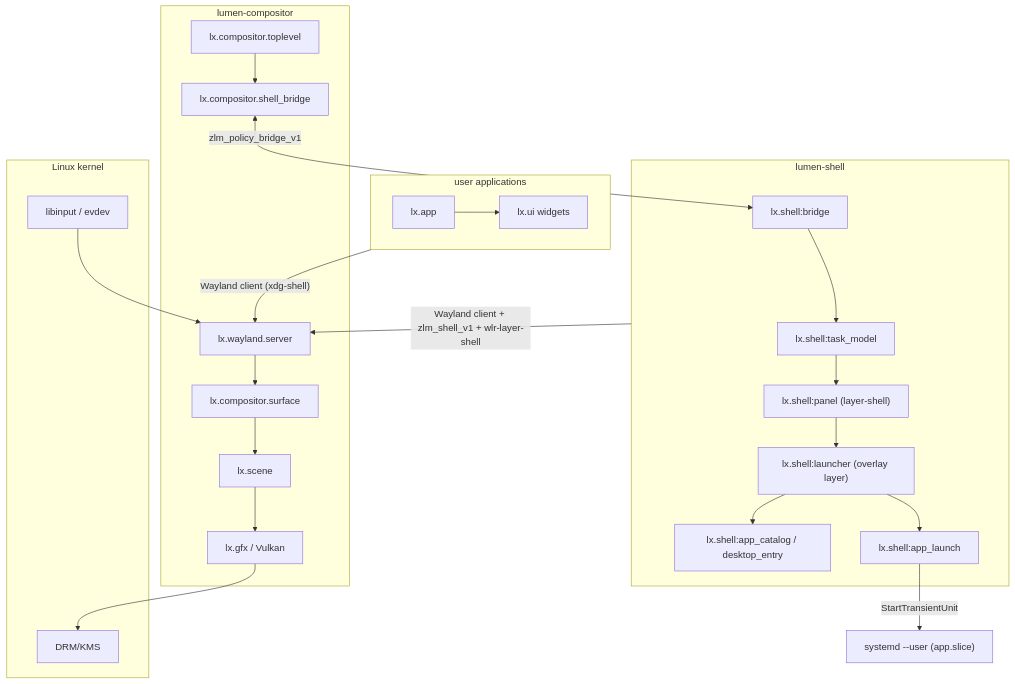
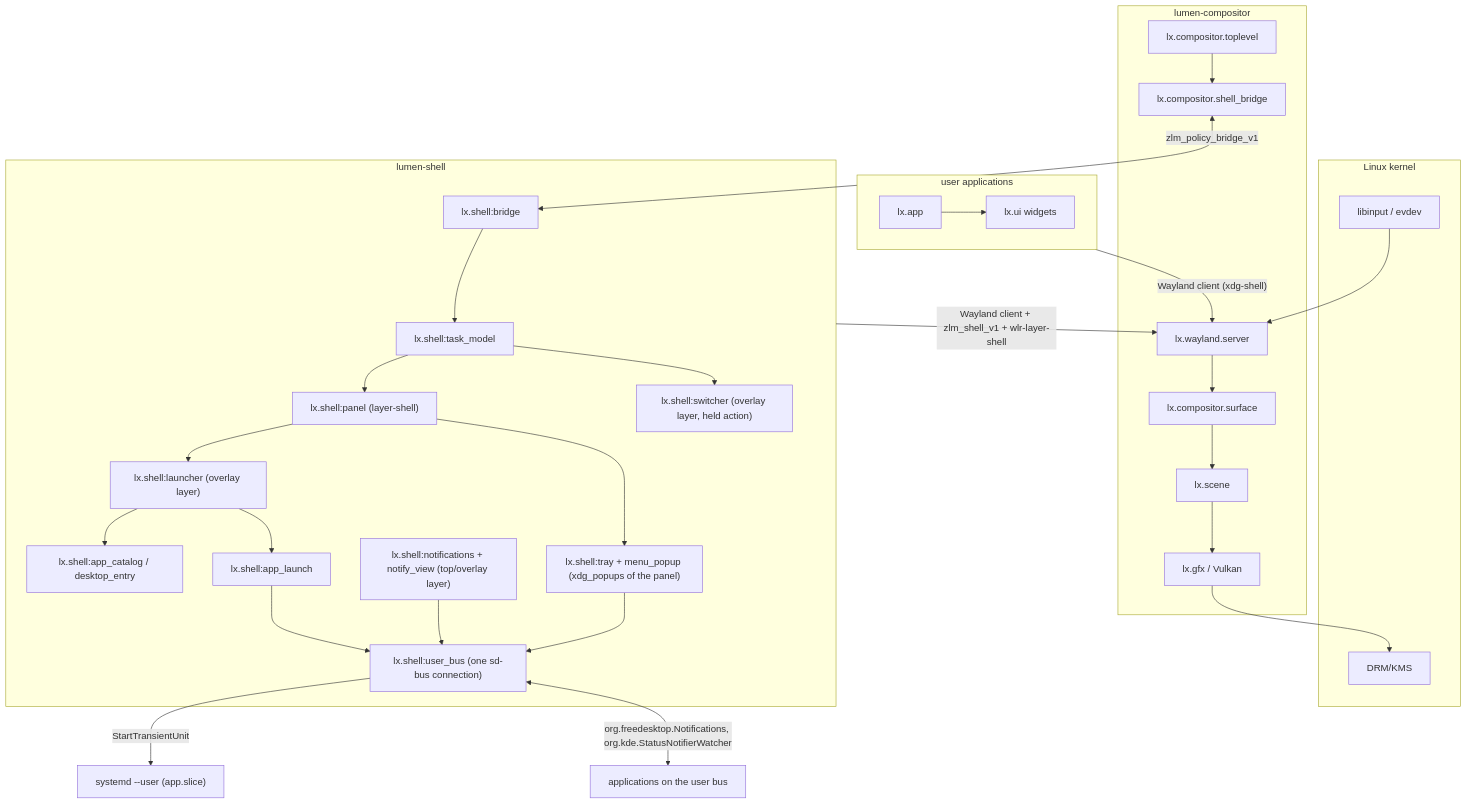
Before and after one commit to dimmus/lumen: the first of 9 diagrams in docs/architecture.md, drawn with Mermaid. The commit also changed other lines of this file and 141 other files, not shown here.

````diff
--- a/docs/architecture.md
+++ b/docs/architecture.md
@@ -51,43 +51,53 @@
 ```mermaid
 flowchart TB
     subgraph Kernel["Linux kernel"]
         KMS["DRM/KMS"]
         EV["libinput / evdev"]
     end
 
     subgraph Comp["lumen-compositor"]
         WLS["lx.wayland.server"]
         TOP["lx.compositor.toplevel"]
         SURF["lx.compositor.surface"]
         BRIDGE["lx.compositor.shell_bridge"]
         SCENE["lx.scene"]
         GFX["lx.gfx / Vulkan"]
         WLS --> SURF --> SCENE --> GFX
         TOP --> BRIDGE
         GFX --> KMS
         EV --> WLS
     end
 
     subgraph Shell["lumen-shell"]
         SB["lx.shell:bridge"]
         TM["lx.shell:task_model"]
         PAN["lx.shell:panel (layer-shell)"]
         LAU["lx.shell:launcher (overlay layer)"]
+        SW["lx.shell:switcher (overlay layer, held action)"]
         CAT["lx.shell:app_catalog / desktop_entry"]
         LCH["lx.shell:app_launch"]
+        UB["lx.shell:user_bus (one sd-bus connection)"]
+        NOT["lx.shell:notifications + notify_view (top/overlay layer)"]
+        TRAY["lx.shell:tray + menu_popup (xdg_popups of the panel)"]
         SB --> TM --> PAN
+        TM --> SW
         PAN --> LAU --> CAT
         LAU --> LCH
+        PAN --> TRAY
+        LCH --> UB
+        NOT --> UB
+        TRAY --> UB
     end
-    LCH -->|"StartTransientUnit"| SYSD["systemd --user (app.slice)"]
+    UB -->|"StartTransientUnit"| SYSD["systemd --user (app.slice)"]
+    UB <-->|"org.freedesktop.Notifications, org.kde.StatusNotifierWatcher"| BUSAPPS["applications on the user bus"]
 
     subgraph Apps["user applications"]
         APP["lx.app"]
         UI_A["lx.ui widgets"]
         APP --> UI_A
     end
 
     Shell -->|"Wayland client + zlm_shell_v1 + wlr-layer-shell"| WLS
     Apps -->|"Wayland client (xdg-shell)"| WLS
     BRIDGE <-->|"zlm_policy_bridge_v1"| SB
 ```
````
